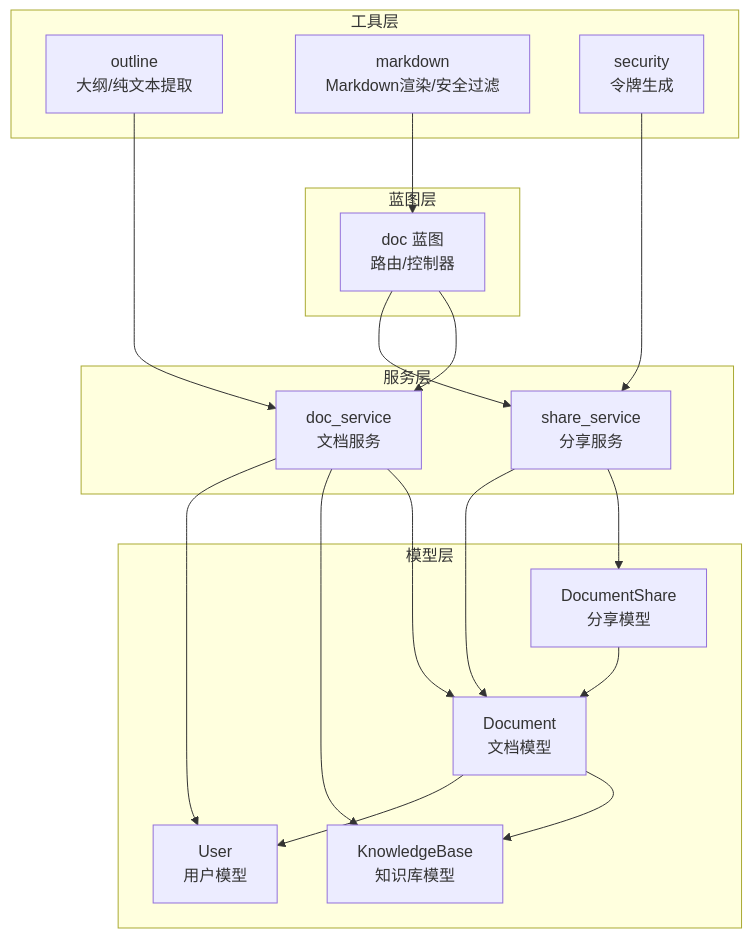
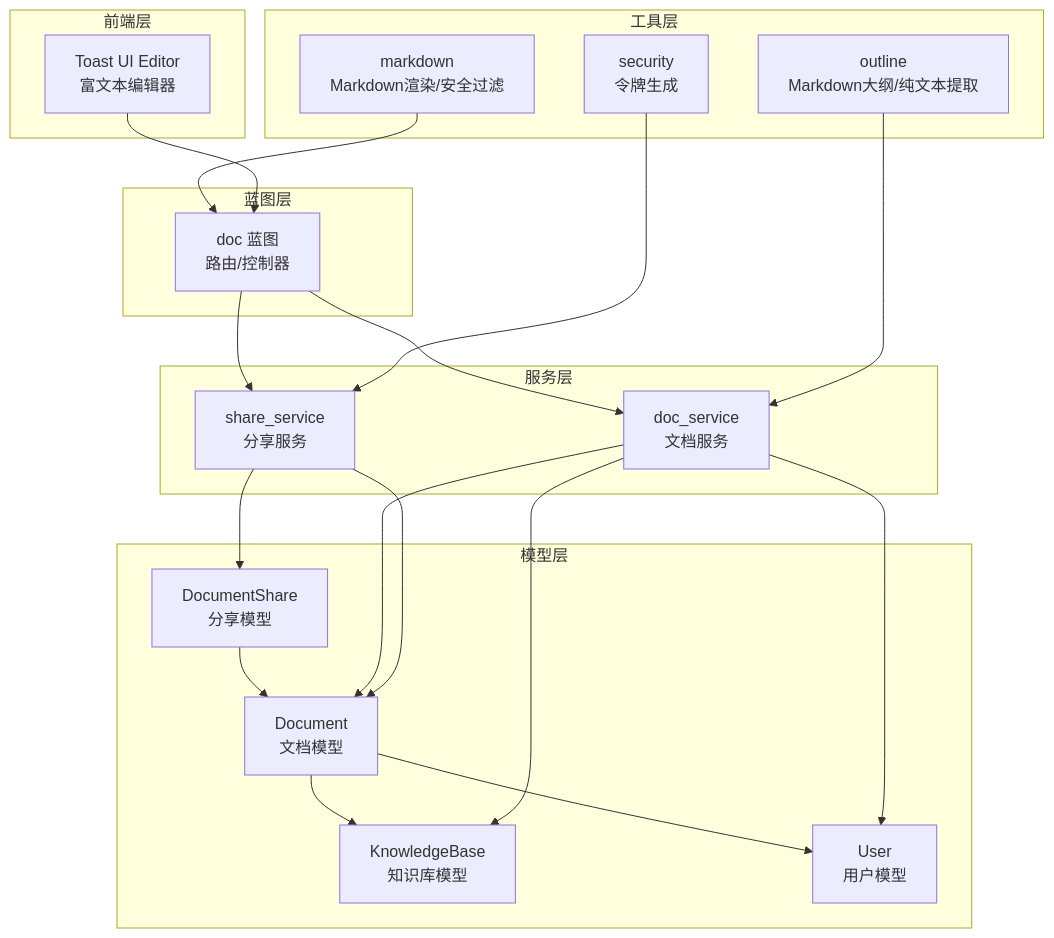
One commit to beyondalbert/my_wiki changed the first of 6 diagrams in .qoder/repowiki/zh/content/数据模型设计/文档模型.md. Above: the diagram before and after it, drawn with Mermaid. The commit also changed other lines of this file and 9 other files, not shown here.

````diff
--- a/.qoder/repowiki/zh/content/数据模型设计/文档模型.md
+++ b/.qoder/repowiki/zh/content/数据模型设计/文档模型.md
@@ -45,34 +58,38 @@
 ```mermaid
 graph TB
 subgraph "模型层"
 D["Document<br/>文档模型"]
 DS["DocumentShare<br/>分享模型"]
 KB["KnowledgeBase<br/>知识库模型"]
 U["User<br/>用户模型"]
 end
 subgraph "服务层"
 S1["doc_service<br/>文档服务"]
 S2["share_service<br/>分享服务"]
 end
 subgraph "工具层"
-U1["outline<br/>大纲/纯文本提取"]
+U1["outline<br/>Markdown大纲/纯文本提取"]
 U2["markdown<br/>Markdown渲染/安全过滤"]
 U3["security<br/>令牌生成"]
 end
 subgraph "蓝图层"
 BP["doc 蓝图<br/>路由/控制器"]
+end
+subgraph "前端层"
+FE["Toast UI Editor<br/>富文本编辑器"]
 end
 D --> KB
 D --> U
 DS --> D
 S1 --> D
 S1 --> KB
 S1 --> U
 S2 --> DS
 S2 --> D
 BP --> S1
 BP --> S2
 U1 --> S1
 U2 --> BP
 U3 --> S2
+FE --> BP
 ```
````
